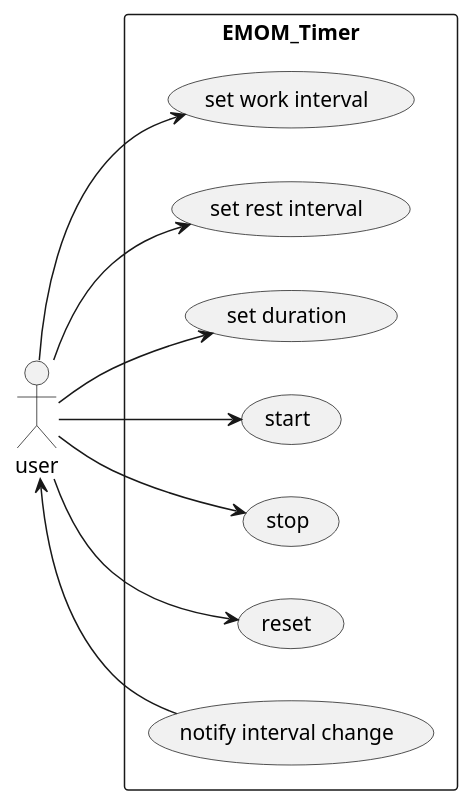
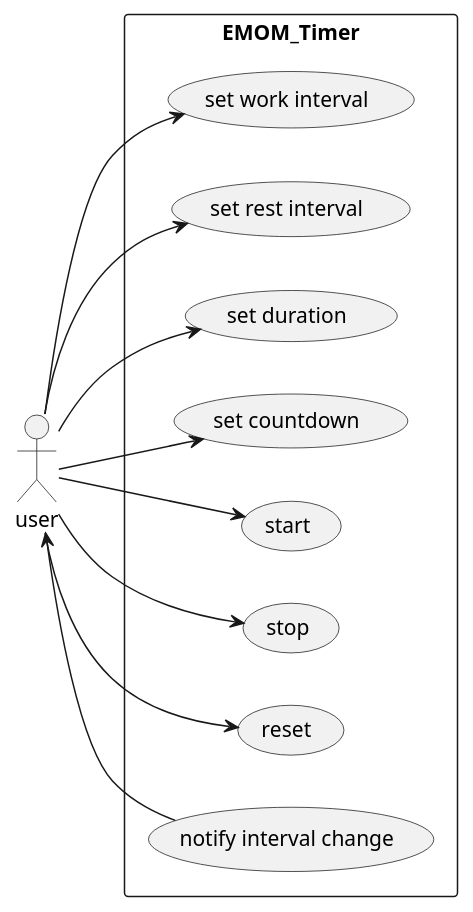
The diagram in UML_Diagrams/UseCase.puml (mcdigregorio/EMOM_Timer), drawn with PlantUML before and after one commit.

Commit message:
Added countdown use case

```diff
--- a/UML_Diagrams/UseCase.puml
+++ b/UML_Diagrams/UseCase.puml
@@ -1,13 +1,14 @@
 @startuml
 left to right direction
 actor user
 rectangle EMOM_Timer{
 user-->(set work interval)
 user-->(set rest interval)
 user-->(set duration)
+user-->(set countdown)
 user-->(start)
 user-->(stop)
 user-->(reset)
 (notify interval change)-->user
 }
 @enduml
```
